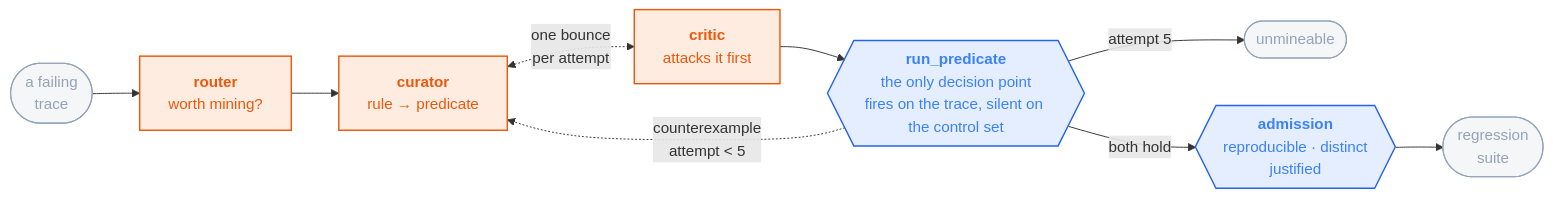
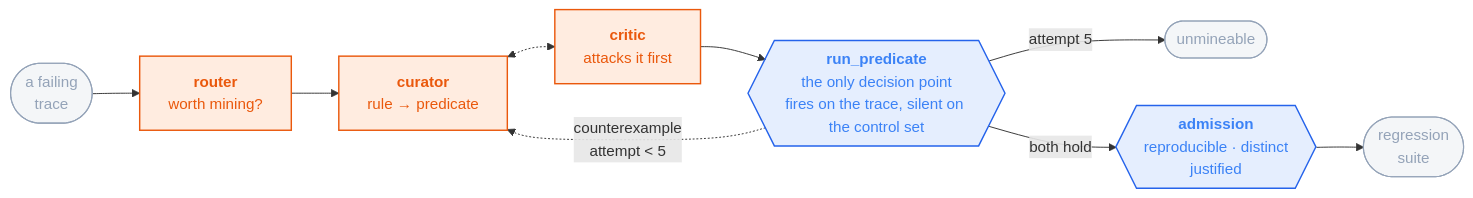
Before and after one commit to sandeepyadav1478/touchstone: the diagram in README.md, drawn with Mermaid.

Commit message:
Unlabel the curator/critic bounce so nothing sits between them
Mermaid renders an edge label as a boxed node, so "one bounce per attempt"
was drawing a third block on the line between the two agents — the one
edge in this diagram where an interposed box misreads as a step.

The constraint is not lost: the caption already says the two argue "one
bounce each", and the bidirectional dotted edge is what carries it.
Confirmed after the syntax change that the edge still has both
marker-start and marker-end.

````diff
--- a/README.md
+++ b/README.md
@@ -76,18 +76,18 @@
 ```mermaid
 flowchart LR
   T(["a failing<br/>trace"]) --> R["<b>router</b><br/>worth mining?"]
   R --> CU["<b>curator</b><br/>rule → predicate"]
-  CU <-. "one bounce<br/>per attempt" .-> CR["<b>critic</b><br/>attacks it first"]
+  CU <-.-> CR["<b>critic</b><br/>attacks it first"]
   CR --> RP{{"<b>run_predicate</b><br/>the only decision point<br/>fires on the trace, silent on the control set"}}
   RP -. "counterexample<br/>attempt &lt; 5" .-> CU
   RP -->|"attempt 5"| U(["unmineable"])
   RP -->|"both hold"| AD{{"<b>admission</b><br/>reproducible · distinct<br/>justified"}}
   AD --> S(["regression<br/>suite"])
 
   classDef m fill:#f9731622,stroke:#ea580c,stroke-width:1.5px,color:#ea580c
   classDef d fill:#3b82f622,stroke:#2563eb,stroke-width:1.5px,color:#3b82f6
   classDef io fill:#94a3b81a,stroke:#94a3b8,stroke-width:1.2px,color:#94a3b8
   class R,CU,CR m
   class RP,AD d
   class T,S,U io
 ```
````
